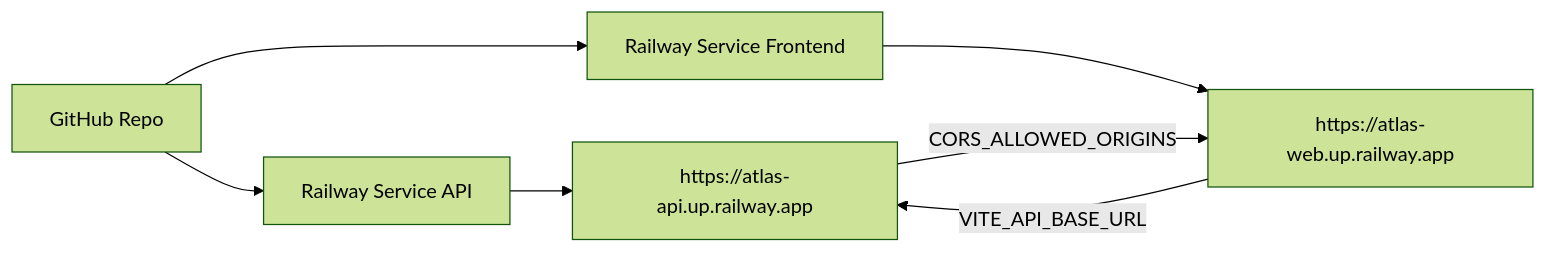
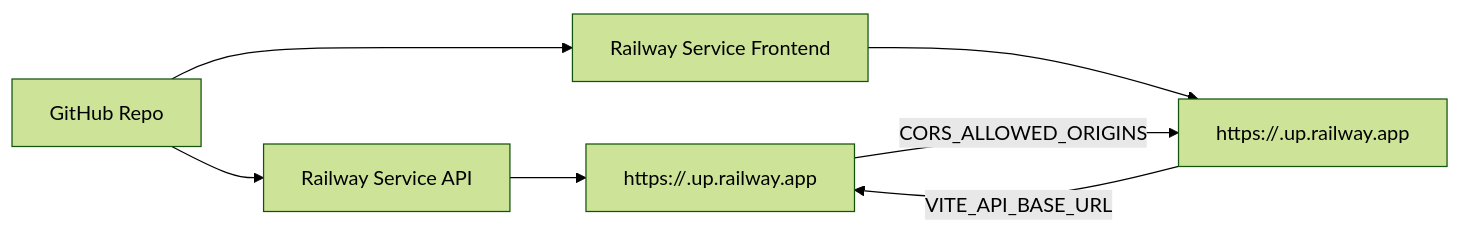
The fifth of 5 diagrams in README.md (Kapriel-Talatinian/Atlas_public), drawn with Mermaid (forest theme) before and after one commit. The commit also changed other lines of this file and 34 other files, not shown here.

````diff
--- a/README.md
+++ b/README.md
@@ -400,11 +518,11 @@
 ```mermaid
 flowchart LR
     GH[GitHub Repo] --> RAPI[Railway Service API]
     GH --> RWEB[Railway Service Frontend]
 
-    RAPI --> APIURL[https://atlas-api.up.railway.app]
-    RWEB --> WEBURL[https://atlas-web.up.railway.app]
+    RAPI --> APIURL[https://<atlas-api>.up.railway.app]
+    RWEB --> WEBURL[https://<atlas-web>.up.railway.app]
 
     WEBURL -->|VITE_API_BASE_URL| APIURL
     APIURL -->|CORS_ALLOWED_ORIGINS| WEBURL
 ```
````
